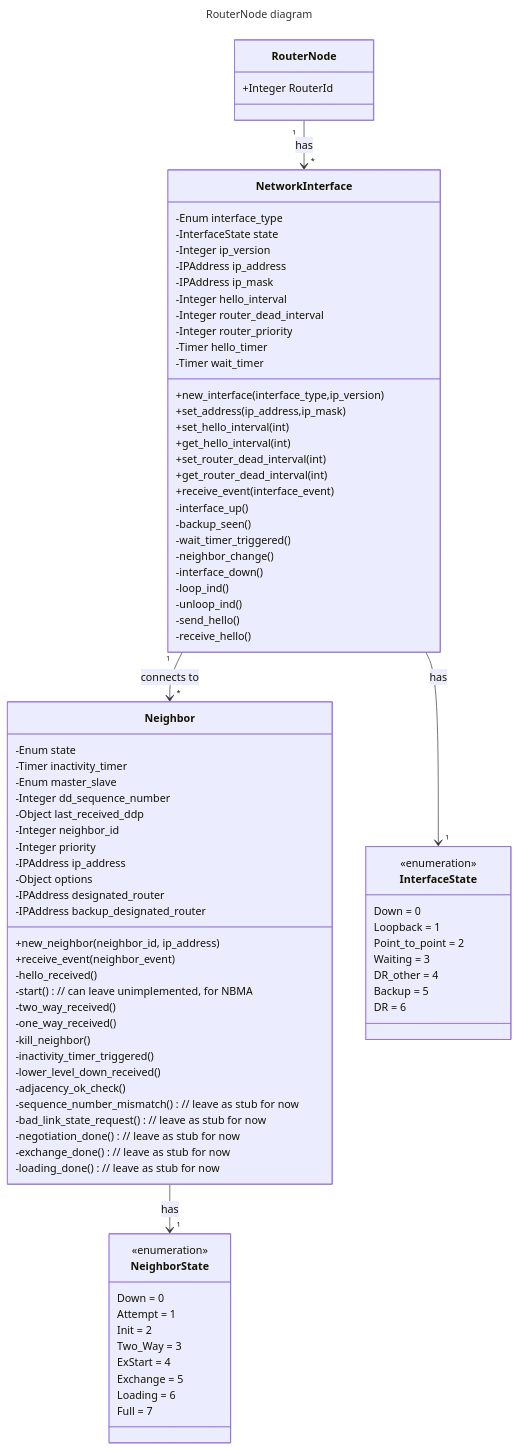
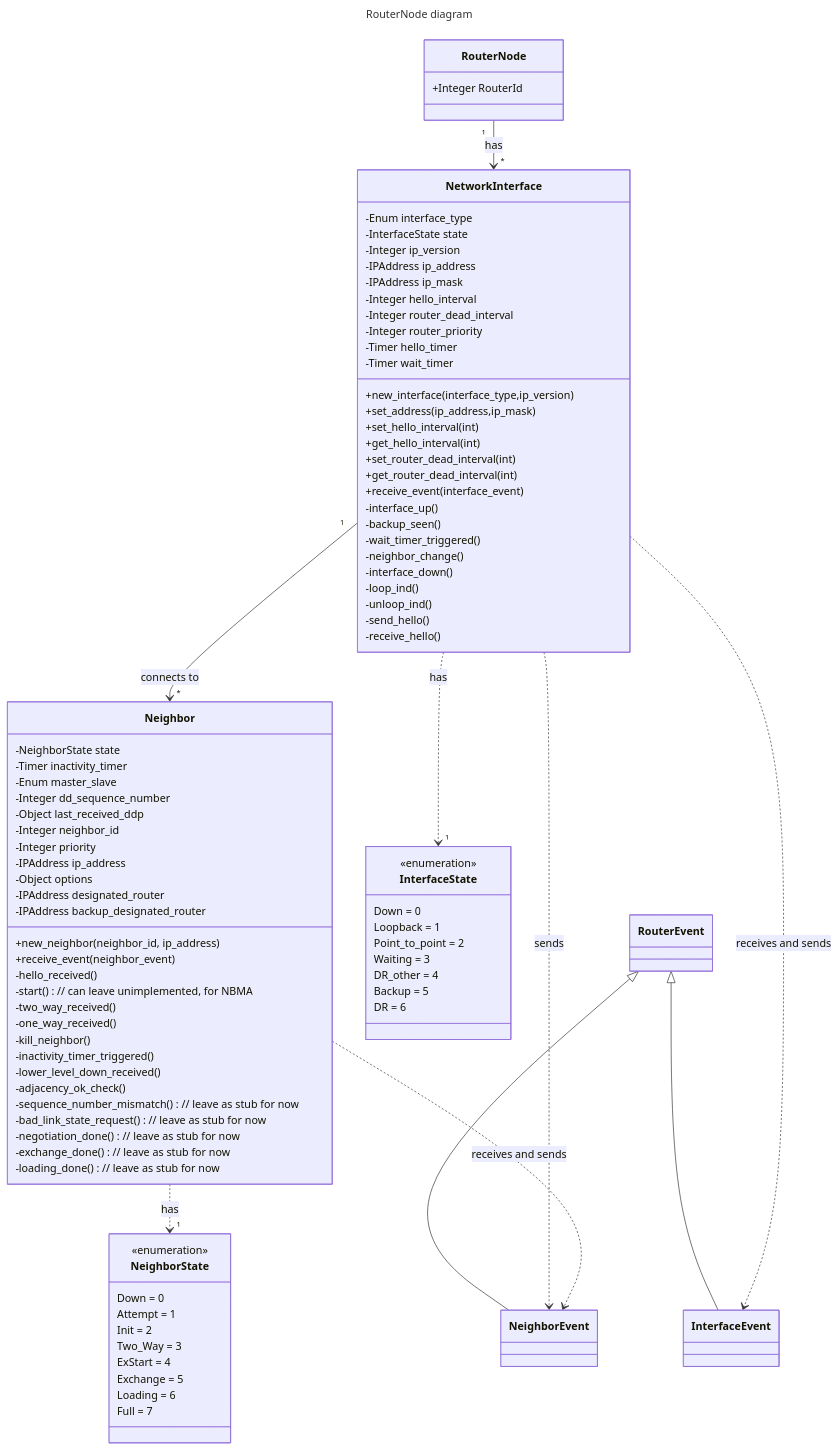
The diagram in Documentation/Graphs/ClassDiagram.md (aniemela-cloud/uh-ds-g9-project), drawn with Mermaid before and after one commit.

Commit message:
Added event class stubs to ClassDiagram.md
Added stubs for interface event and neighbor event classes. I think we can subclass from the generic Python event and use the event throws and catches, but that is not currently reflected in the class diagram (i.e. there's no Python Event superclass for the RouterEvent class)

````diff
--- a/Documentation/Graphs/ClassDiagram.md
+++ b/Documentation/Graphs/ClassDiagram.md
@@ -37,7 +37,7 @@
     -receive_hello()
   }
   class Neighbor {
-    -Enum state
+    -NeighborState state
     -Timer inactivity_timer
     -Enum master_slave
     -Integer dd_sequence_number
@@ -84,8 +84,23 @@
     Full = 7
   }
   RouterNode "1" --> "*" NetworkInterface : has
-  NetworkInterface --> "1" InterfaceState : has
+  NetworkInterface ..> "1" InterfaceState : has
   NetworkInterface "1" --> "*" Neighbor : connects to
-  Neighbor --> "1" NeighborState : has
+  Neighbor ..> "1" NeighborState : has
+
+  class RouterEvent {
+
+  }
+  class InterfaceEvent {
+
+  }
+  class NeighborEvent {
+
+  }
+  RouterEvent <|-- InterfaceEvent
+  RouterEvent <|-- NeighborEvent
+  NetworkInterface ..> InterfaceEvent : receives and sends
+  NetworkInterface ..> NeighborEvent : sends
+  Neighbor ..> NeighborEvent : receives and sends
 
 ```
````
